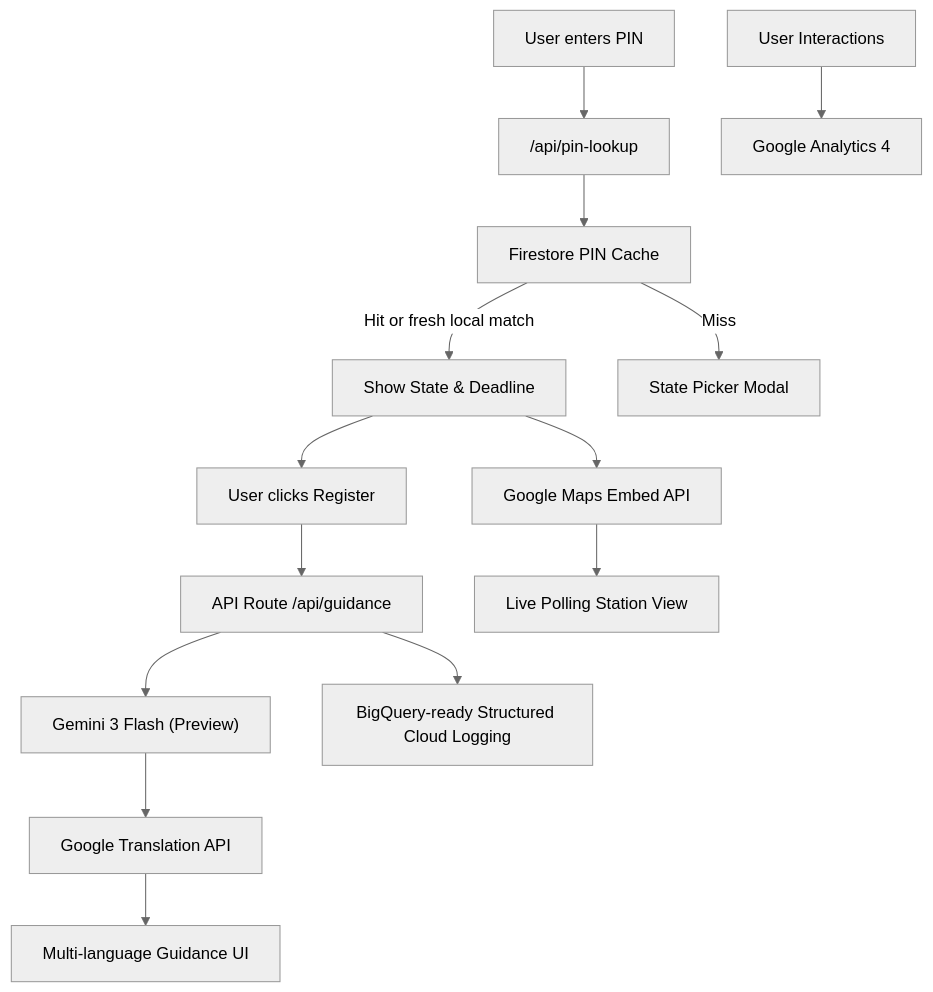
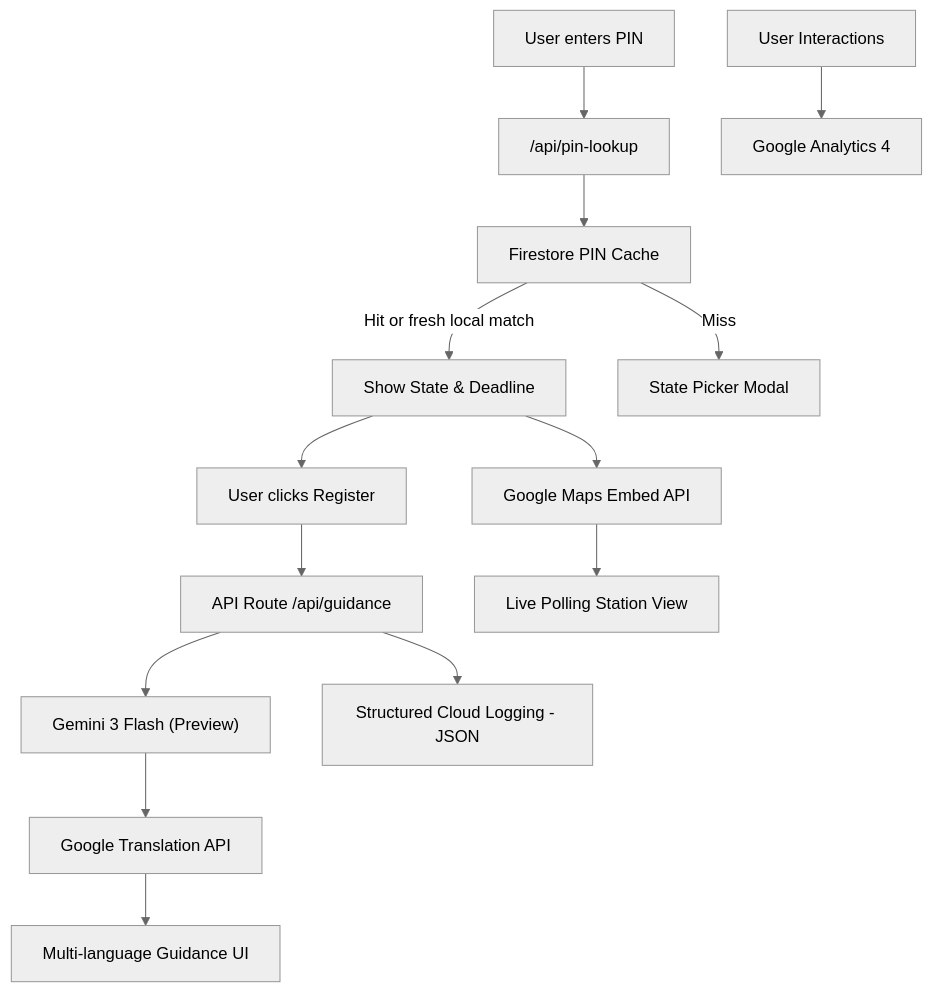
The diagram in README.md (Rishet11/VoteReady-PromptWars), drawn with Mermaid (neutral theme) before and after one commit. The commit also changed other lines of this file and 16 other files, not shown here.

````diff
--- a/README.md
+++ b/README.md
@@ -30,18 +30,18 @@
 ```mermaid
 graph TD
     A[User enters PIN] --> B["/api/pin-lookup"]
     B --> O["Firestore PIN Cache"]
     O -->|Hit or fresh local match| C
     O -->|Miss| D
     C[Show State & Deadline]
     D[State Picker Modal]
     C --> E[User clicks Register]
     E --> F[API Route /api/guidance]
     F --> G["Gemini 3 Flash (Preview)"]
     G --> H["Google Translation API"]
     H --> I[Multi-language Guidance UI]
     C --> J[Google Maps Embed API]
     J --> K[Live Polling Station View]
     L[User Interactions] --> M[Google Analytics 4]
-    F --> N[BigQuery-ready Structured Cloud Logging]
+    F --> N[Structured Cloud Logging - JSON]
 ```
````
